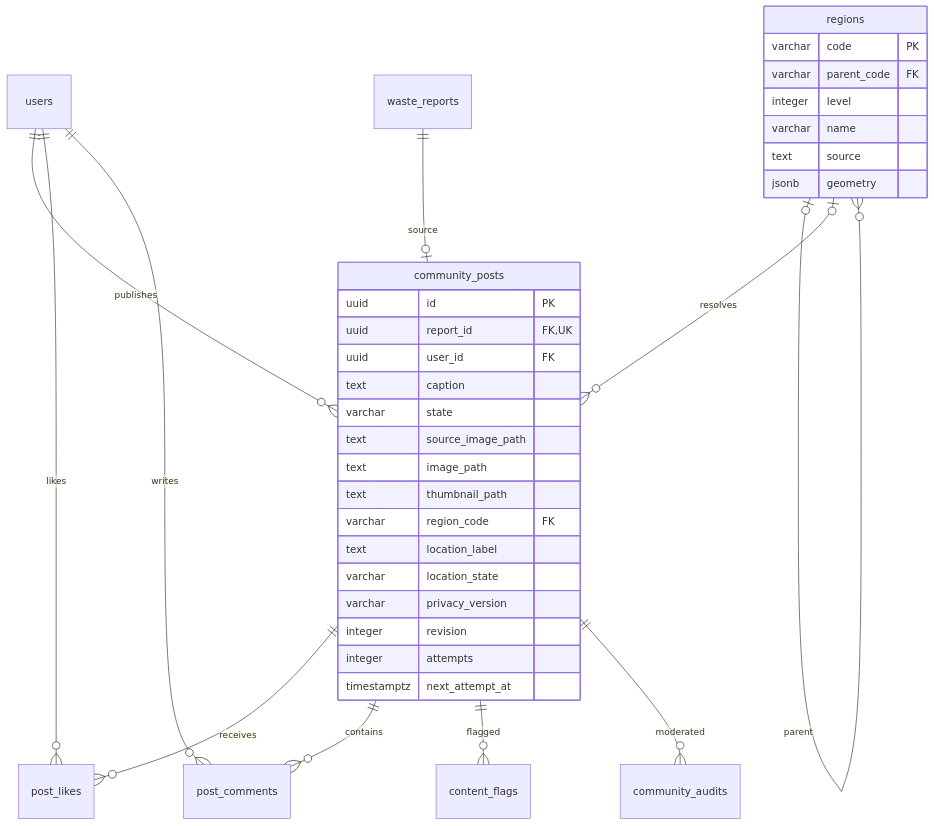
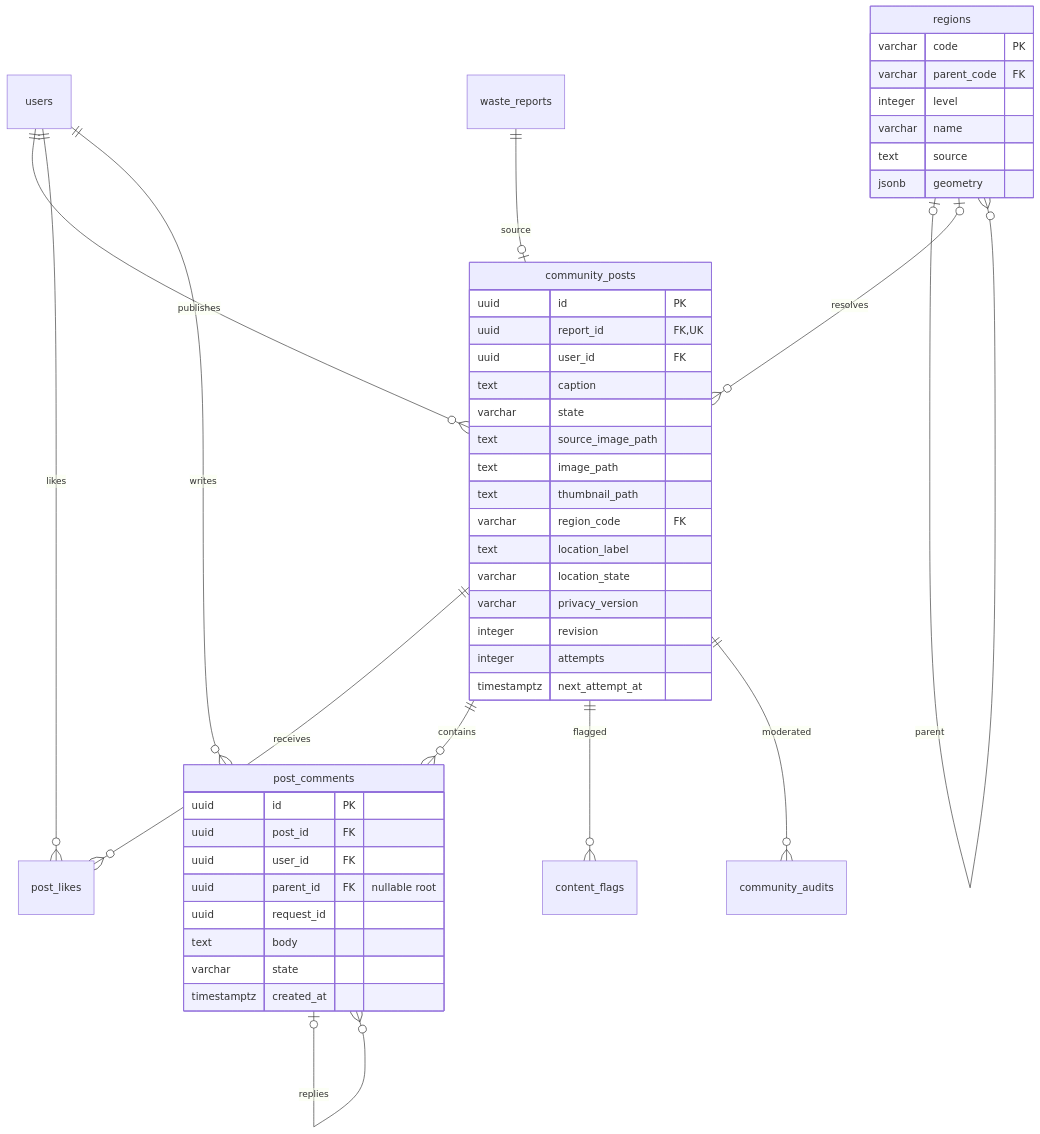
The second of 2 diagrams in docs/DATABASE.md (rakannaufal/wastewise), drawn with Mermaid before and after one commit. The commit also changed other lines of this file and 32 other files, not shown here.

````diff
--- a/docs/DATABASE.md
+++ b/docs/DATABASE.md
@@ -138,38 +138,49 @@
 ```mermaid
 erDiagram
     users ||--o{ community_posts : publishes
     waste_reports ||--o| community_posts : source
     regions o|--o{ regions : parent
     regions o|--o{ community_posts : resolves
     community_posts ||--o{ post_likes : receives
     users ||--o{ post_likes : likes
     community_posts ||--o{ post_comments : contains
     users ||--o{ post_comments : writes
+    post_comments o|--o{ post_comments : replies
+    post_comments {
+        uuid id PK
+        uuid post_id FK
+        uuid user_id FK
+        uuid parent_id FK "nullable root"
+        uuid request_id
+        text body
+        varchar state
+        timestamptz created_at
+    }
     community_posts ||--o{ content_flags : flagged
     community_posts ||--o{ community_audits : moderated
     community_posts {
         uuid id PK
         uuid report_id FK,UK
         uuid user_id FK
         text caption
         varchar state
         text source_image_path
         text image_path
         text thumbnail_path
         varchar region_code FK
         text location_label
         varchar location_state
         varchar privacy_version
         integer revision
         integer attempts
         timestamptz next_attempt_at
     }
     regions {
         varchar code PK
         varchar parent_code FK
         integer level
         varchar name
         text source
         jsonb geometry
     }
 ```
````
